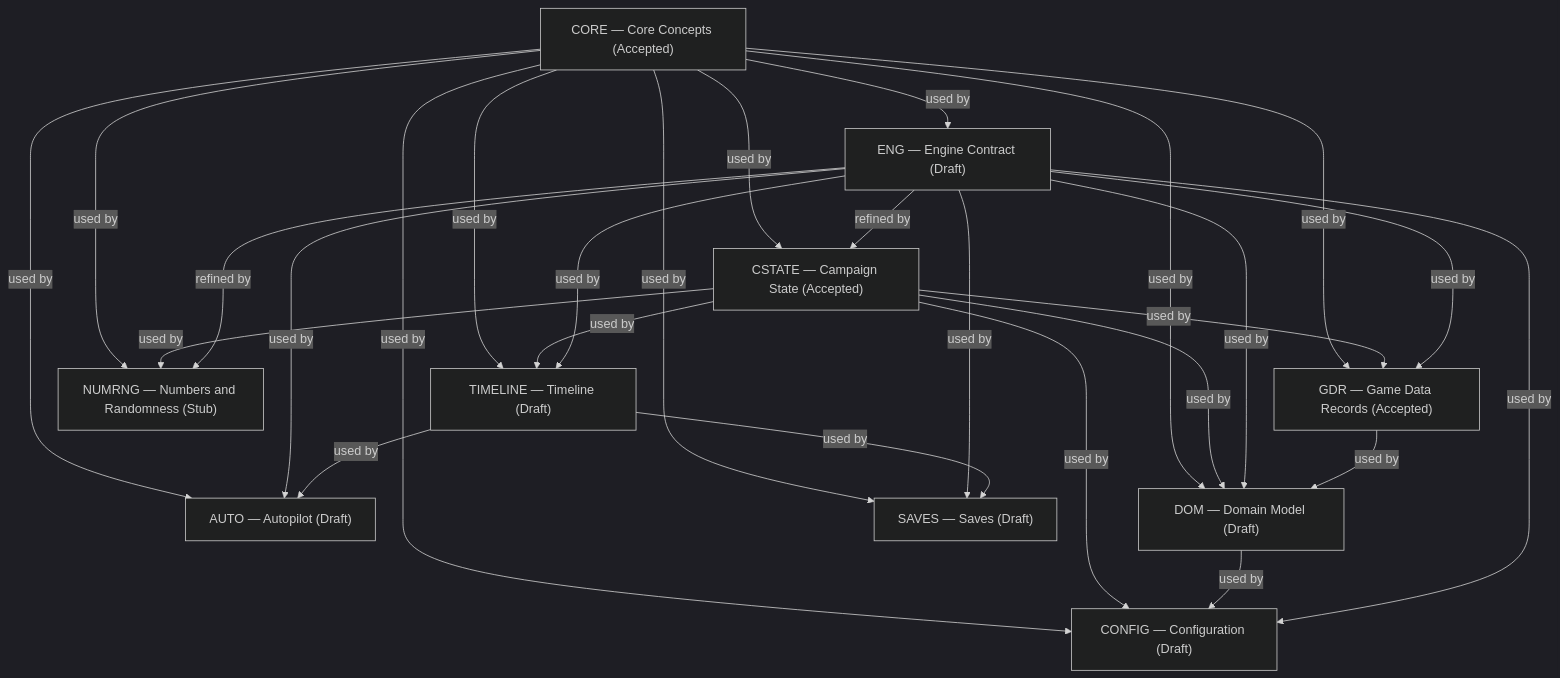
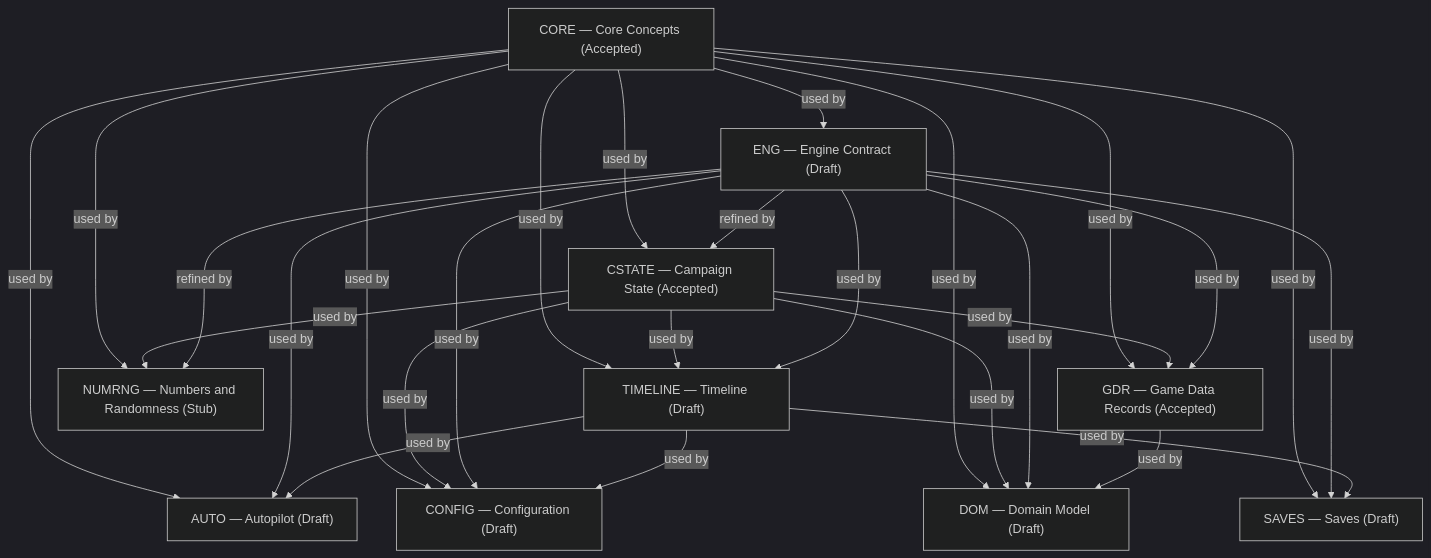
One commit to konrad-jamrozik/game-v5 changed the first of 2 diagrams in docs/specs/foundation/about-foundation.md. Above: the diagram before and after it, drawn with Mermaid (dark theme). The commit also changed other lines of this file and 34 other files, not shown here.

````diff
--- a/docs/specs/foundation/about-foundation.md
+++ b/docs/specs/foundation/about-foundation.md
@@ -92,39 +93,39 @@
 ```mermaid
 flowchart TD
   AUTO["AUTO — Autopilot (Draft)"]
   CONFIG["CONFIG — Configuration (Draft)"]
   CORE["CORE — Core Concepts (Accepted)"]
   CSTATE["CSTATE — Campaign State (Accepted)"]
   DOM["DOM — Domain Model (Draft)"]
   ENG["ENG — Engine Contract (Draft)"]
   GDR["GDR — Game Data Records (Accepted)"]
   NUMRNG["NUMRNG — Numbers and Randomness (Stub)"]
   SAVES["SAVES — Saves (Draft)"]
   TIMELINE["TIMELINE — Timeline (Draft)"]
   CORE -->|used by| AUTO
   CORE -->|used by| CONFIG
   CORE -->|used by| CSTATE
   CORE -->|used by| DOM
   CORE -->|used by| ENG
   CORE -->|used by| GDR
   CORE -->|used by| NUMRNG
   CORE -->|used by| SAVES
   CORE -->|used by| TIMELINE
   CSTATE -->|used by| CONFIG
   CSTATE -->|used by| DOM
   CSTATE -->|used by| GDR
   CSTATE -->|used by| NUMRNG
   CSTATE -->|used by| TIMELINE
-  DOM -->|used by| CONFIG
   ENG -->|used by| AUTO
   ENG -->|used by| CONFIG
   ENG -->|refined by| CSTATE
   ENG -->|used by| DOM
   ENG -->|used by| GDR
   ENG -->|refined by| NUMRNG
   ENG -->|used by| SAVES
   ENG -->|used by| TIMELINE
   GDR -->|used by| DOM
   TIMELINE -->|used by| AUTO
+  TIMELINE -->|used by| CONFIG
   TIMELINE -->|used by| SAVES
 ```
````
